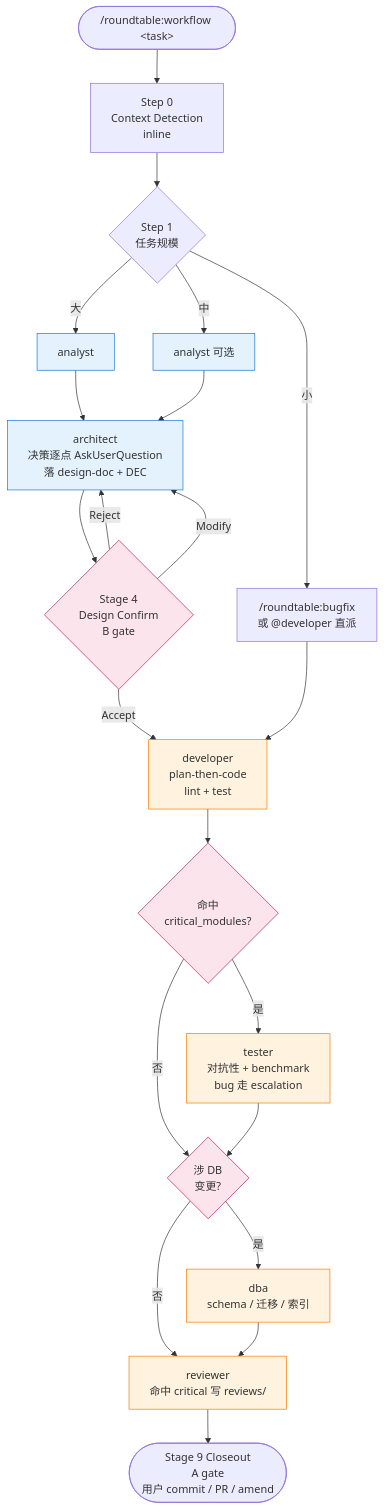
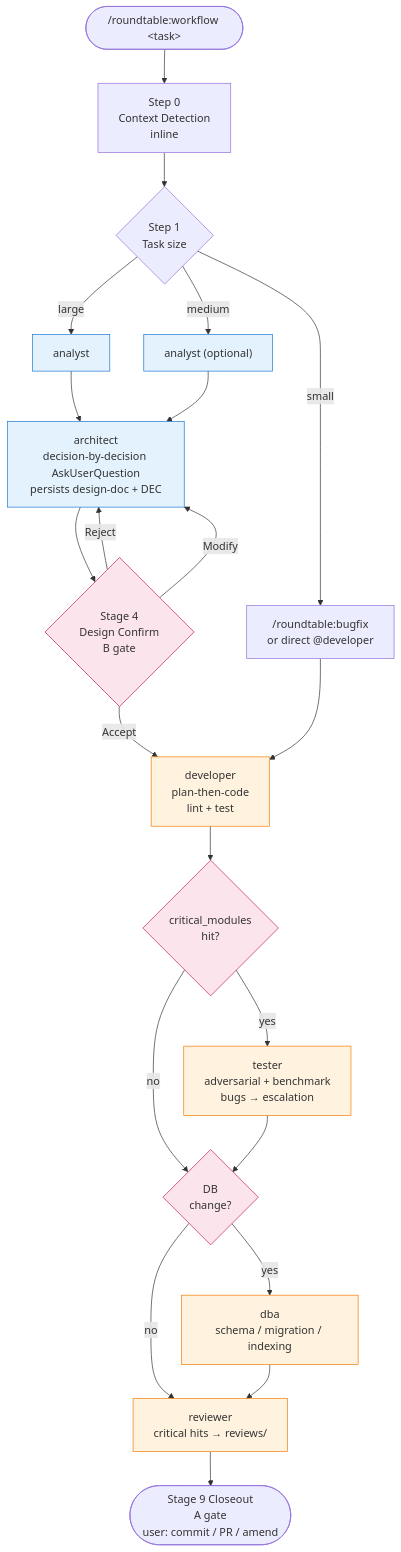
The diagram in README.md (duktig666/roundtable), drawn with Mermaid before and after one commit. The commit also changed other lines of this file and 1 other file, not shown here.

````diff
--- a/README.md
+++ b/README.md
@@ -156,30 +194,30 @@
 ```mermaid
 flowchart TD
     Start(["/roundtable:workflow &lt;task&gt;"]) --> S0["Step 0<br/>Context Detection<br/>inline"]
-    S0 --> S1{"Step 1<br/>任务规模"}
-    S1 -->|小| Bugfix["/roundtable:bugfix<br/>或 @developer 直派"]
-    S1 -->|中| Analyst2["analyst 可选"]
-    S1 -->|大| Analyst["analyst"]
+    S0 --> S1{"Step 1<br/>Task size"}
+    S1 -->|small| Bugfix["/roundtable:bugfix<br/>or direct @developer"]
+    S1 -->|medium| Analyst2["analyst (optional)"]
+    S1 -->|large| Analyst["analyst"]
     Analyst --> Arch
-    Analyst2 --> Arch["architect<br/>决策逐点 AskUserQuestion<br/>落 design-doc + DEC"]
+    Analyst2 --> Arch["architect<br/>decision-by-decision AskUserQuestion<br/>persists design-doc + DEC"]
     Arch --> Confirm{"Stage 4<br/>Design Confirm<br/>B gate"}
     Confirm -->|Reject| Arch
     Confirm -->|Modify| Arch
     Confirm -->|Accept| Dev
     Bugfix --> Dev["developer<br/>plan-then-code<br/>lint + test"]
-    Dev --> CritCheck{"命中<br/>critical_modules?"}
-    CritCheck -->|是| Tester["tester<br/>对抗性 + benchmark<br/>bug 走 escalation"]
-    CritCheck -->|否| DBCheck
-    Tester --> DBCheck{"涉 DB<br/>变更?"}
-    DBCheck -->|是| DBA["dba<br/>schema / 迁移 / 索引"]
-    DBCheck -->|否| Reviewer
-    DBA --> Reviewer["reviewer<br/>命中 critical 写 reviews/"]
-    Reviewer --> Closeout(["Stage 9 Closeout<br/>A gate<br/>用户 commit / PR / amend"])
+    Dev --> CritCheck{"critical_modules<br/>hit?"}
+    CritCheck -->|yes| Tester["tester<br/>adversarial + benchmark<br/>bugs → escalation"]
+    CritCheck -->|no| DBCheck
+    Tester --> DBCheck{"DB<br/>change?"}
+    DBCheck -->|yes| DBA["dba<br/>schema / migration / indexing"]
+    DBCheck -->|no| Reviewer
+    DBA --> Reviewer["reviewer<br/>critical hits → reviews/"]
+    Reviewer --> Closeout(["Stage 9 Closeout<br/>A gate<br/>user: commit / PR / amend"])
 
     classDef skill fill:#e3f2fd,stroke:#1976d2
     classDef agent fill:#fff3e0,stroke:#f57c00
     classDef gate fill:#fce4ec,stroke:#c2185b
     class Analyst,Analyst2,Arch skill
     class Dev,Tester,Reviewer,DBA agent
     class Confirm,CritCheck,DBCheck gate
 ```
````
